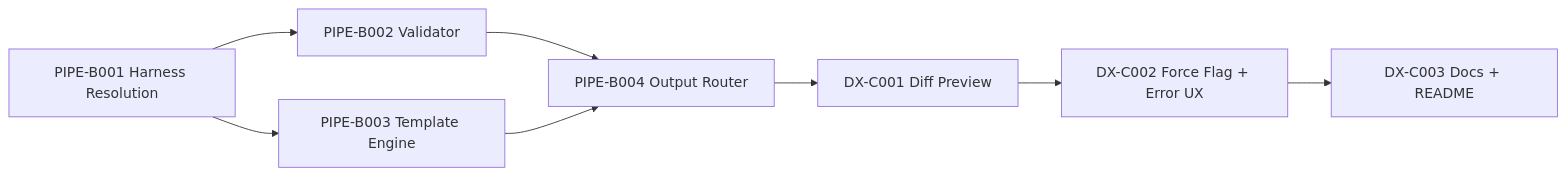
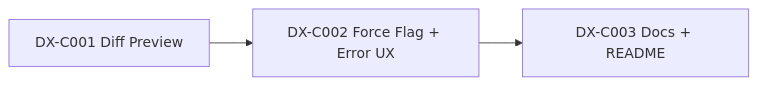
The diagram in .constitution/tasks/critical-path.md (Tuvren/skillprism), drawn with Mermaid before and after one commit. The commit also changed other lines of this file and 40 other files, not shown here.

First line of the commit message:
Epic B: Pipeline — Resolver, Validator, Template Engine, Output Router (#2)

````diff
--- a/.constitution/tasks/critical-path.md
+++ b/.constitution/tasks/critical-path.md
@@ -12,10 +12,5 @@
 ```mermaid
 flowchart LR
-  PIPE-B001["PIPE-B001 Harness Resolution"] --> PIPE-B002["PIPE-B002 Validator"]
-  PIPE-B001 --> PIPE-B003["PIPE-B003 Template Engine"]
-  PIPE-B002 --> PIPE-B004["PIPE-B004 Output Router"]
-  PIPE-B003 --> PIPE-B004
-  PIPE-B004 --> DX-C001["DX-C001 Diff Preview"]
-  DX-C001 --> DX-C002["DX-C002 Force Flag + Error UX"]
+  DX-C001["DX-C001 Diff Preview"] --> DX-C002["DX-C002 Force Flag + Error UX"]
   DX-C002 --> DX-C003["DX-C003 Docs + README"]
 ```
````
